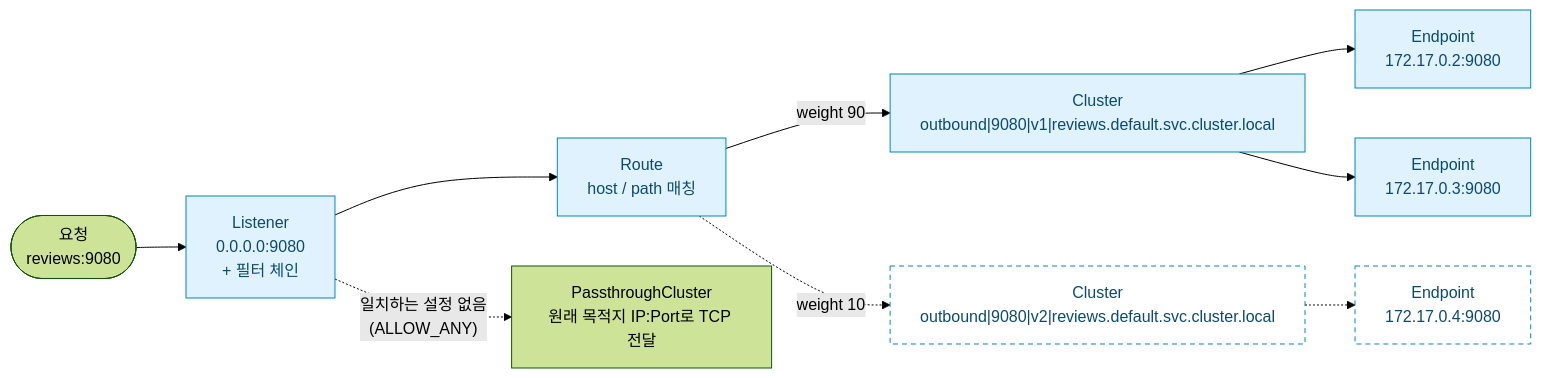
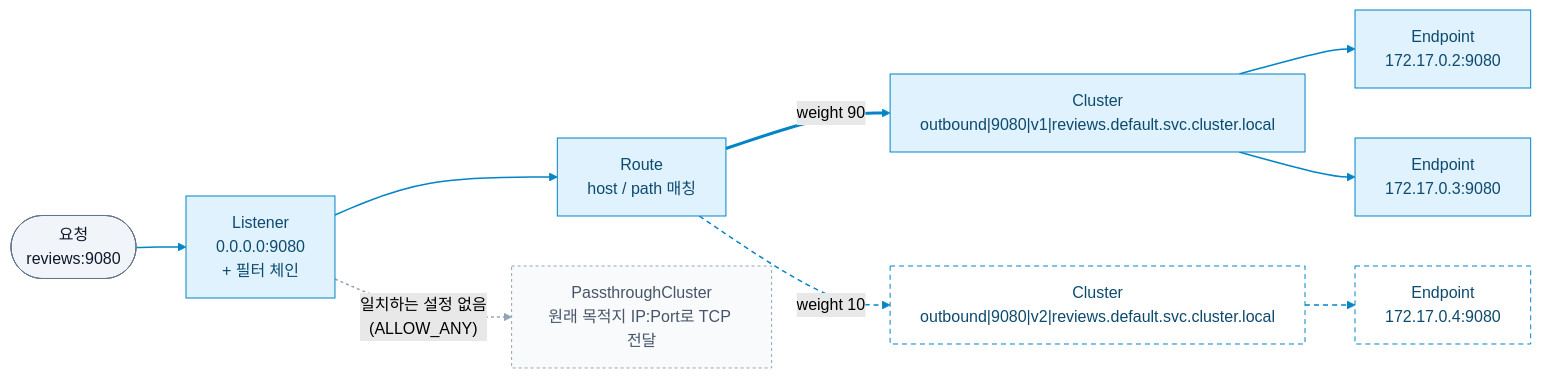
Before and after one commit to ChanghwanK/ChanghwanK.github.io: the second of 6 diagrams in content/posts/2026-09-26-istio-envoy-xds/index.md, drawn with Mermaid (forest theme). The commit also changed other lines of this file, not shown here.

First line of the commit message:
content(blog): restore colored flowcharts, keep sequence diagrams plain

````diff
--- a/content/posts/2026-09-26-istio-envoy-xds/index.md
+++ b/content/posts/2026-09-26-istio-envoy-xds/index.md
@@ -70,16 +81,24 @@
 ```mermaid
 flowchart LR
   REQ(["요청<br/>reviews:9080"]) --> L["Listener<br/>0.0.0.0:9080<br/>+ 필터 체인"]
   L --> R["Route<br/>host / path 매칭"]
   R -->|"weight 90"| C1["Cluster<br/>outbound#124;9080#124;v1#124;reviews.default.svc.cluster.local"]
   R -.->|"weight 10"| C2["Cluster<br/>outbound#124;9080#124;v2#124;reviews.default.svc.cluster.local"]
   C1 --> E1["Endpoint<br/>172.17.0.2:9080"]
   C1 --> E2["Endpoint<br/>172.17.0.3:9080"]
   C2 -.-> E3["Endpoint<br/>172.17.0.4:9080"]
   L -.->|"일치하는 설정 없음<br/>(ALLOW_ANY)"| P["PassthroughCluster<br/>원래 목적지 IP:Port로 TCP 전달"]
+  classDef request fill:#f1f5f9,stroke:#64748b,color:#0f172a
+  classDef stable fill:#e0f2fe,stroke:#0284c7,color:#0c4a6e
+  classDef canary fill:#ffffff,stroke:#0284c7,stroke-dasharray:5 4,color:#0c4a6e
+  classDef fallback fill:#f8fafc,stroke:#94a3b8,stroke-dasharray:3 3,color:#475569
+  class REQ request
+  class L,R,C1,E1,E2 stable
+  class C2,E3 canary
+  class P fallback
 
-  classDef accent fill:#e0f2fe,stroke:#0284c7,color:#0c4a6e
-  classDef canary fill:#ffffff,stroke:#0284c7,stroke-dasharray:5 4,color:#0c4a6e
-  class L,R,C1,E1,E2 accent
-  class C2,E3 canary
+  linkStyle 0,1,4,5 stroke:#0284c7,stroke-width:1.5px
+  linkStyle 2 stroke:#0284c7,stroke-width:3px
+  linkStyle 3,6 stroke:#0284c7,stroke-width:1.5px,stroke-dasharray:5 4
+  linkStyle 7 stroke:#94a3b8,stroke-width:1.5px,stroke-dasharray:3 3
 ```
````
